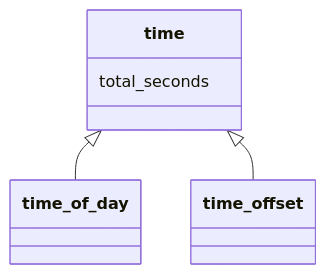
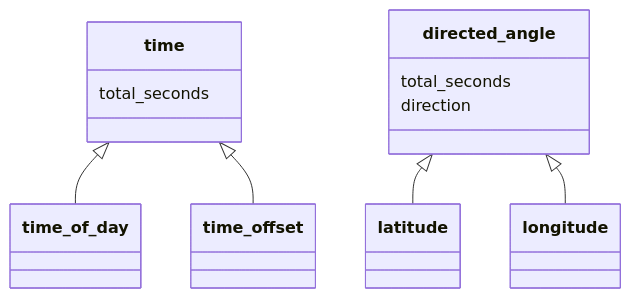
One commit to fraya/dylan-programming-book changed the diagram in doc/architecture.md. Above: the diagram before and after it, drawn with Mermaid.

Commit message:
Add directed_angle slot

````diff
--- a/doc/architecture.md
+++ b/doc/architecture.md
@@ -5,7 +5,13 @@
 ```mermaid
 classDiagram
       class time
       time : total_seconds
       time <|-- time_of_day
       time <|-- time_offset
+
+      class directed_angle
+      directed_angle : total_seconds
+      directed_angle : direction
+      directed_angle <|-- latitude
+      directed_angle <|-- longitude
 ```
````
